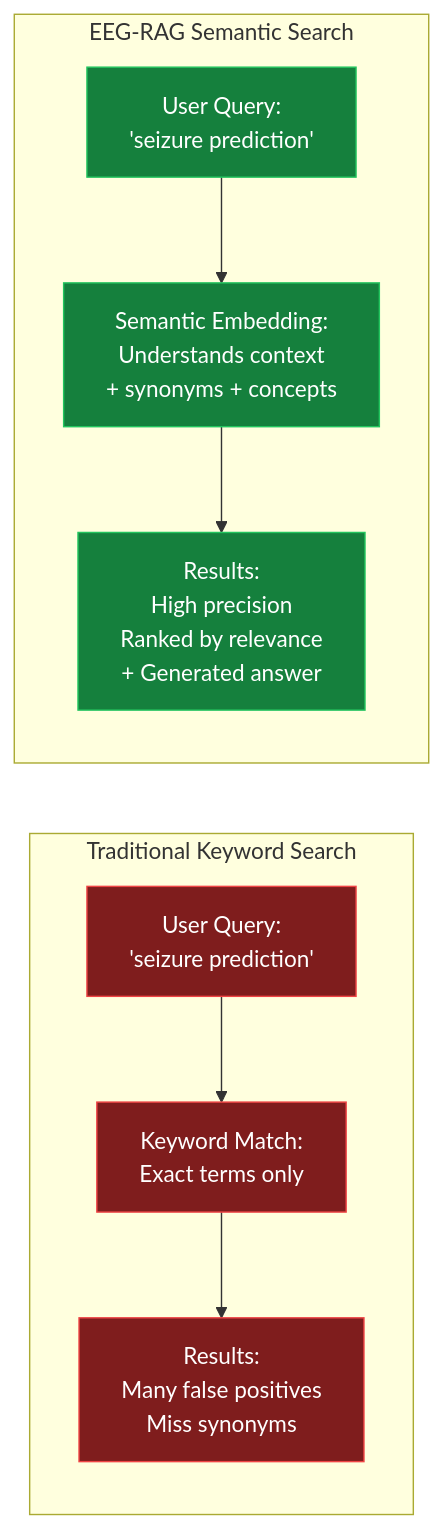
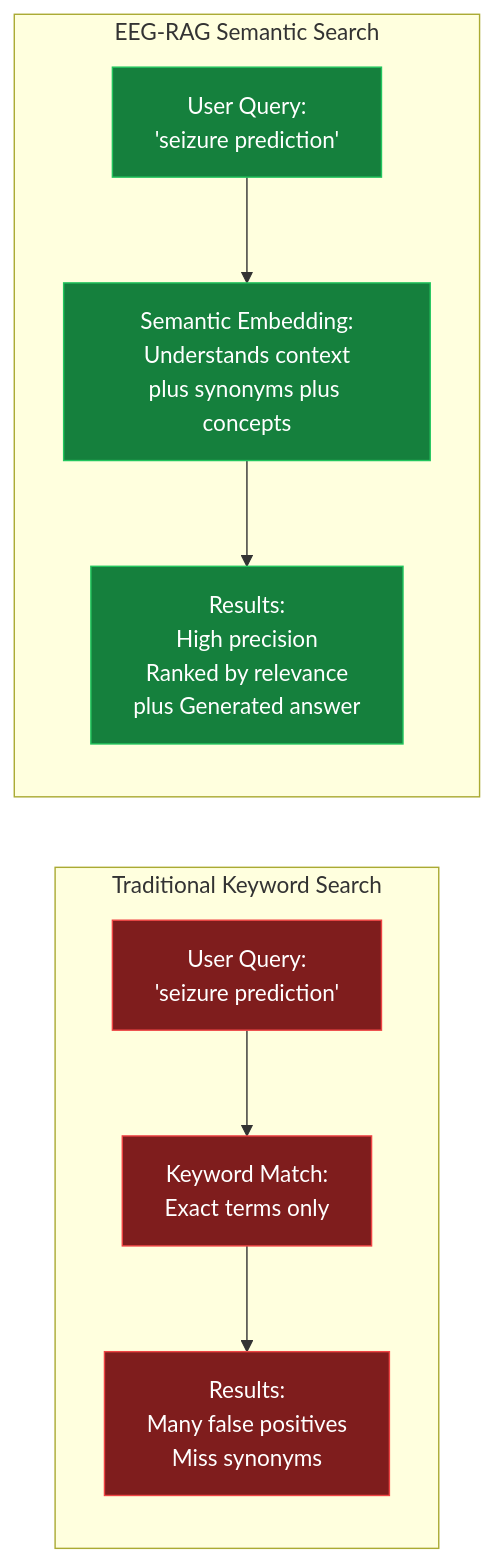
One commit to hkevin01/eeg-rag changed diagram 21 of 25 in README.md. Above: the diagram before and after it, drawn with Mermaid. The commit also changed other lines of this file, not shown here.

Commit message:
Update timeline and performance metrics in README for accuracy and clarity

````diff
--- a/README.md
+++ b/README.md
@@ -1728,22 +1728,22 @@
 ```mermaid
 graph LR
     subgraph "Traditional Keyword Search"
-        TK1[User Query:<br/>'seizure prediction']
-        TK2[Keyword Match:<br/>Exact terms only]
-        TK3[Results:<br/>Many false positives<br/>Miss synonyms]
+        TK1["User Query:<br/>'seizure prediction'"]
+        TK2["Keyword Match:<br/>Exact terms only"]
+        TK3["Results:<br/>Many false positives<br/>Miss synonyms"]
         TK1 --> TK2 --> TK3
         style TK1 fill:#7f1d1d,stroke:#ef4444,color:#fff
         style TK2 fill:#7f1d1d,stroke:#ef4444,color:#fff
         style TK3 fill:#7f1d1d,stroke:#ef4444,color:#fff
     end
 
     subgraph "EEG-RAG Semantic Search"
-        RAG1[User Query:<br/>'seizure prediction']
-        RAG2[Semantic Embedding:<br/>Understands context<br/>+ synonyms + concepts]
-        RAG3[Results:<br/>High precision<br/>Ranked by relevance<br/>+ Generated answer]
+        RAG1["User Query:<br/>'seizure prediction'"]
+        RAG2["Semantic Embedding:<br/>Understands context<br/>plus synonyms plus concepts"]
+        RAG3["Results:<br/>High precision<br/>Ranked by relevance<br/>plus Generated answer"]
         RAG1 --> RAG2 --> RAG3
         style RAG1 fill:#15803d,stroke:#22c55e,color:#fff
         style RAG2 fill:#15803d,stroke:#22c55e,color:#fff
         style RAG3 fill:#15803d,stroke:#22c55e,color:#fff
     end
 ```
````
